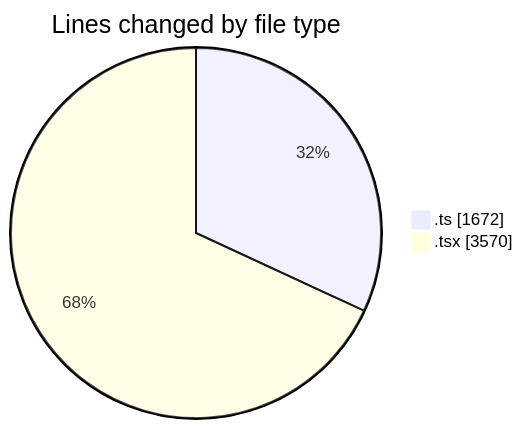
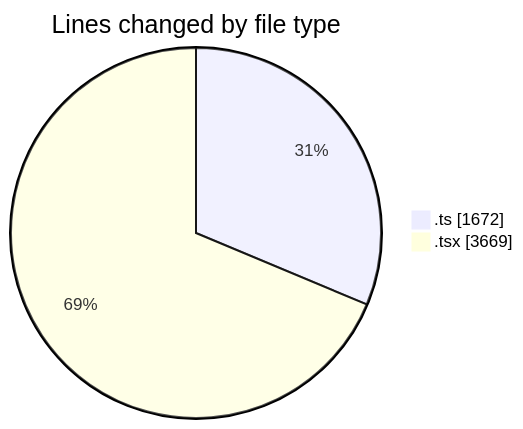
Before and after one commit to nxtqubesakshisongat/code-tracking: the first of 2 diagrams in 2026-08-21/nxtqube_webapp/README.md, drawn with Mermaid. The commit also changed other lines of this file and 1 other file, not shown here.

````diff
--- a/2026-08-21/nxtqube_webapp/README.md
+++ b/2026-08-21/nxtqube_webapp/README.md
@@ -35,6 +35,6 @@
 ```mermaid
 pie showData
 title Lines changed by file type
 ".ts" : 1672
-".tsx" : 3570
+".tsx" : 3669
 ```
````
